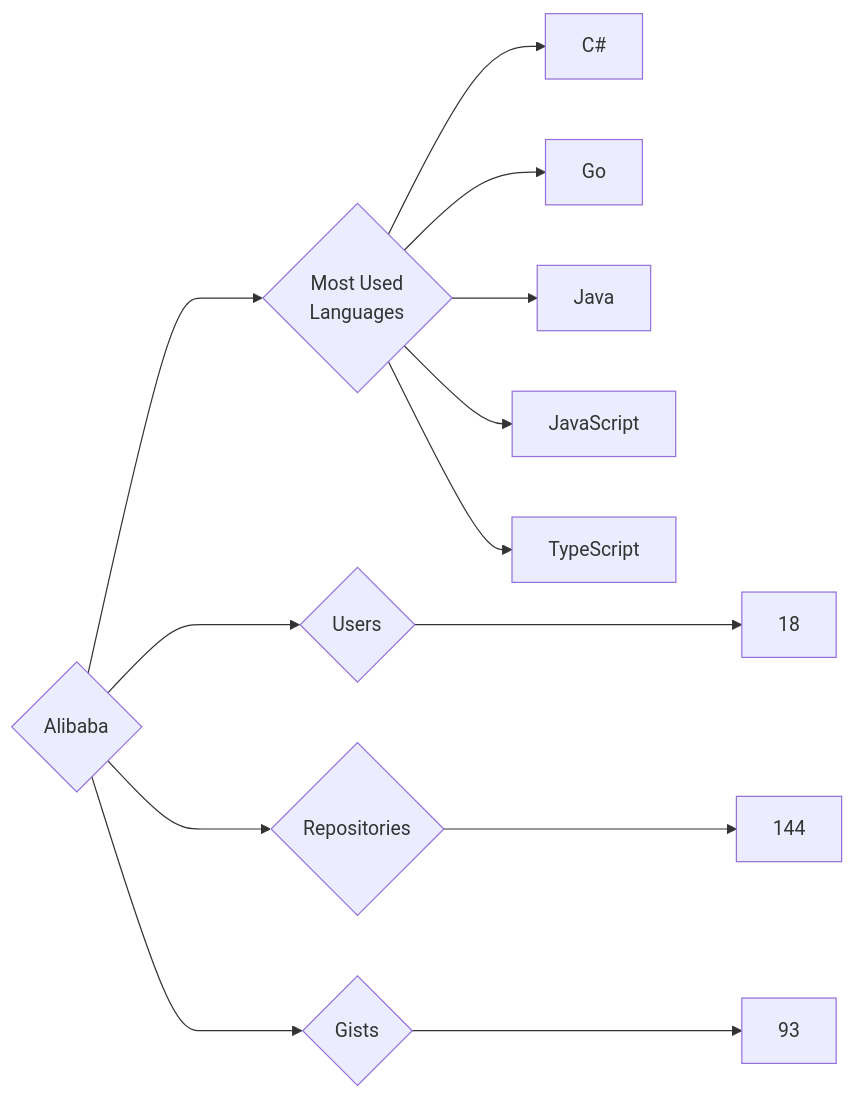
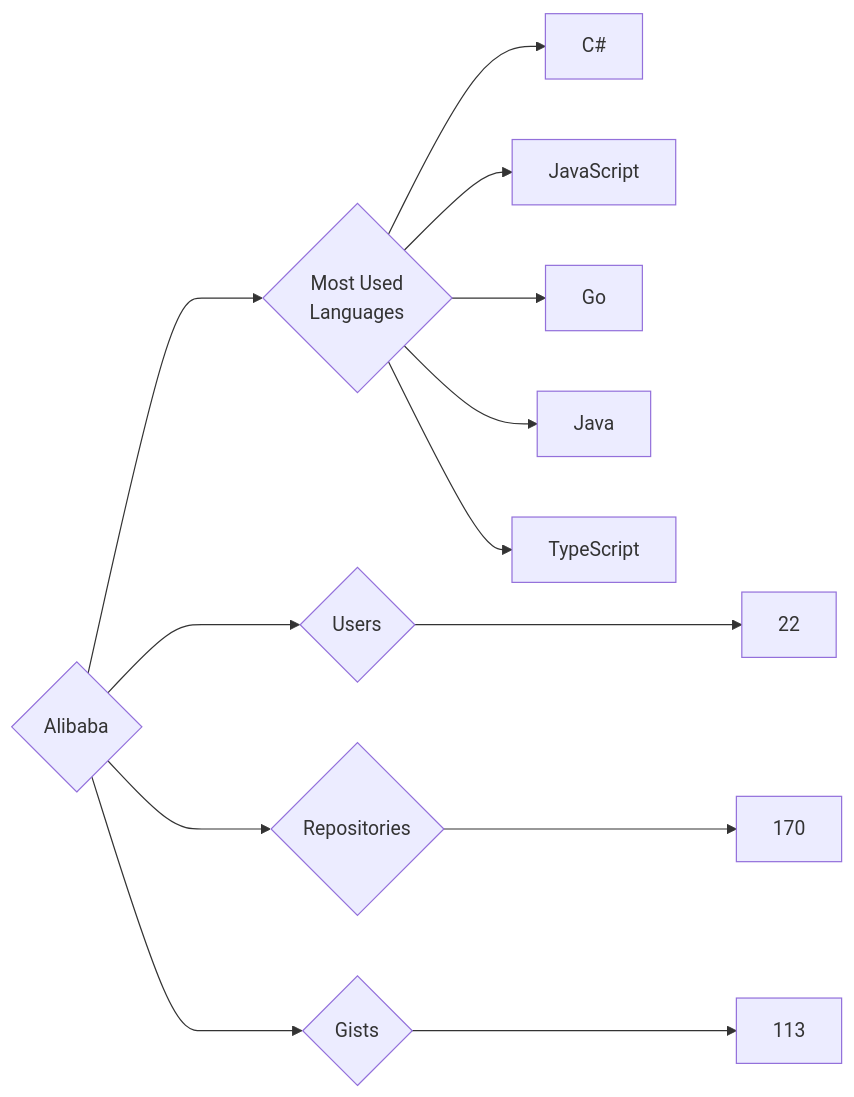
The diagram in targets/Alibaba/README.md (trickest/insiders), drawn with Mermaid before and after one commit. The commit also changed 1055 other files, not shown here.

````diff
--- a/targets/Alibaba/README.md
+++ b/targets/Alibaba/README.md
@@ -3,13 +3,13 @@
 ```mermaid
 graph LR
 COMPANY_NAME{Alibaba}
-COMPANY_NAME ---> U{Users} ---> UN[18]
-COMPANY_NAME ---> R{Repositories} ---> RN[144]
-COMPANY_NAME ---> G{Gists} ---> GN[93]
+COMPANY_NAME ---> U{Users} ---> UN[22]
+COMPANY_NAME ---> R{Repositories} ---> RN[170]
+COMPANY_NAME ---> G{Gists} ---> GN[113]
 COMPANY_NAME ---> ML{Most Used<br>Languages}
 ML --> C#[C#]
+ML --> JavaScript[JavaScript]
 ML --> Go[Go]
 ML --> Java[Java]
-ML --> JavaScript[JavaScript]
 ML --> TypeScript[TypeScript]
 ```
````
